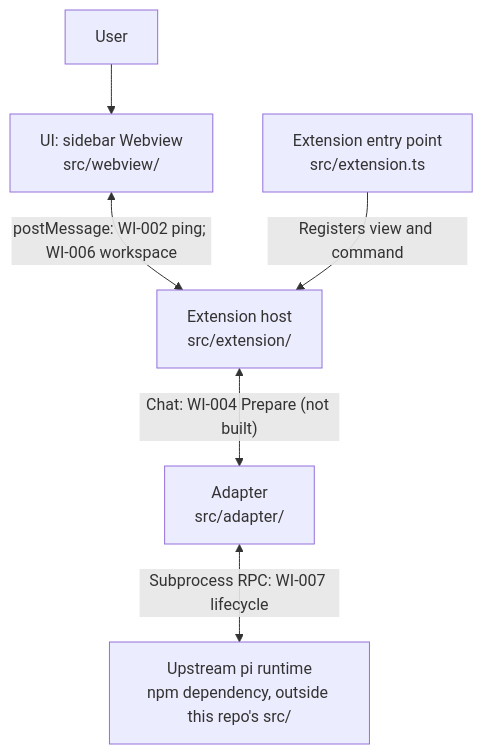
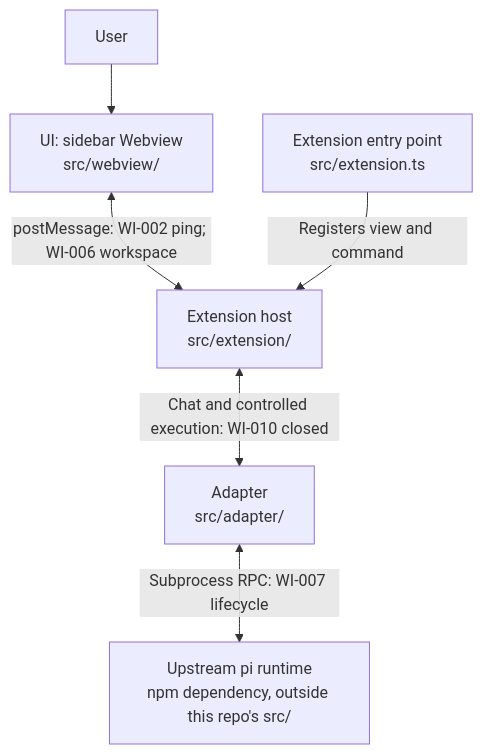
One commit to Hex4C59/pi-vscode changed the diagram in docs/architecture/vscode-extension-architecture.md. Above: the diagram before and after it, drawn with Mermaid. The commit also changed other lines of this file and 32 other files, not shown here.

First line of the commit message:
feat(host): add controlled execution and observable agent activity

````diff
--- a/docs/architecture/vscode-extension-architecture.md
+++ b/docs/architecture/vscode-extension-architecture.md
@@ -33,8 +33,8 @@
 ```mermaid
 flowchart TD
     U["User"] --> W["UI: sidebar Webview<br/>src/webview/"]
     W <-->|"postMessage: WI-002 ping; WI-006 workspace"| H["Extension host<br/>src/extension/"]
-    H <-->|"Chat: WI-004 Prepare (not built)"| A["Adapter<br/>src/adapter/"]
+    H <-->|"Chat and controlled execution: WI-010 closed"| A["Adapter<br/>src/adapter/"]
     A <-->|"Subprocess RPC: WI-007 lifecycle"| P["Upstream pi runtime<br/>npm dependency, outside this repo's src/"]
     E["Extension entry point<br/>src/extension.ts"] -->|"Registers view and command"| H
 ```
````
